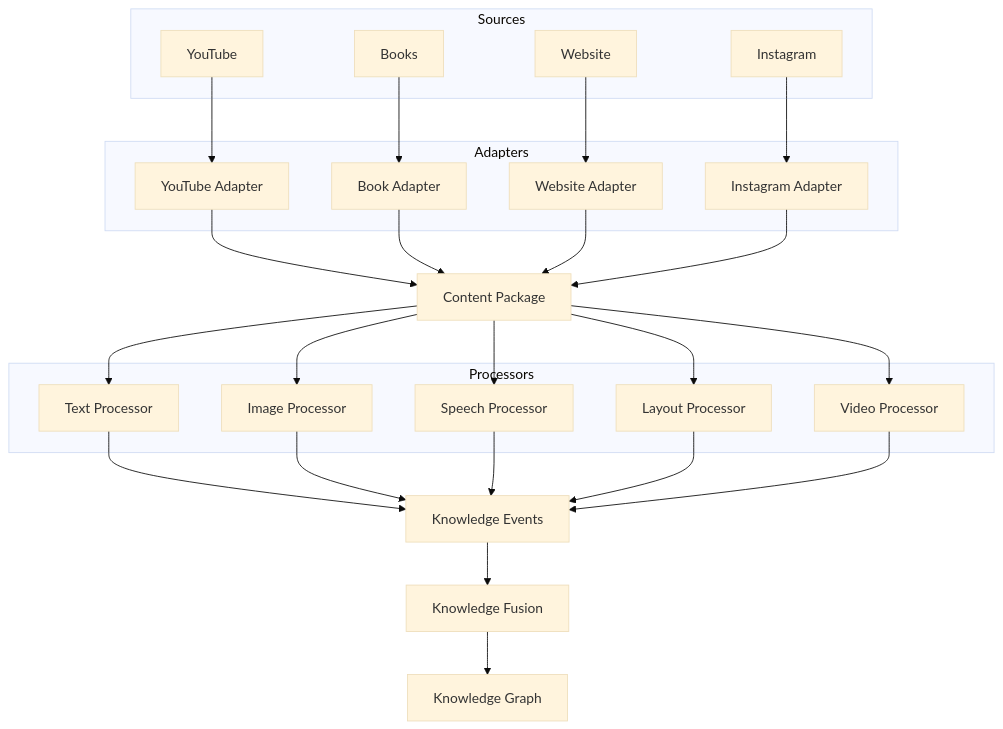
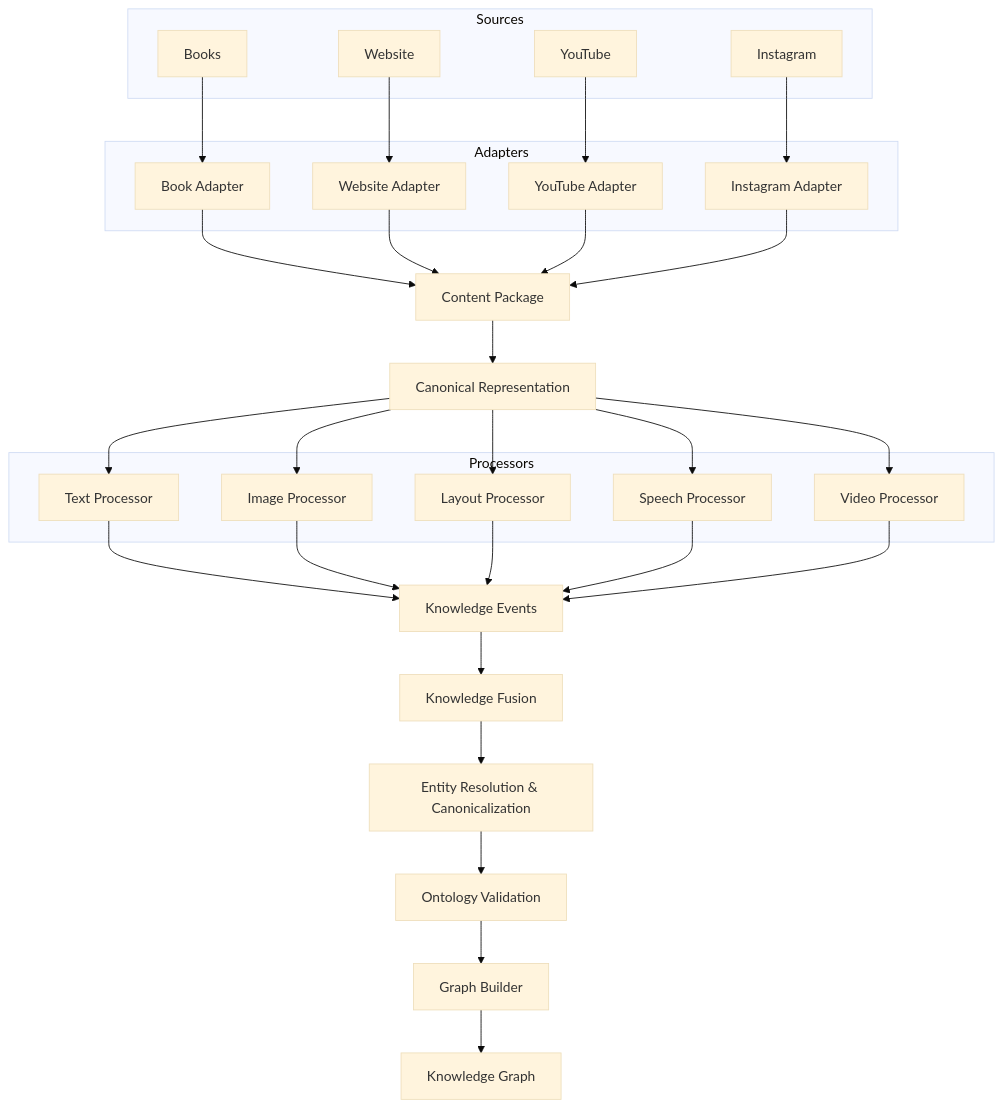
One commit to prakash-atul/fkg changed the first of 7 diagrams in docs/architecture.md. Above: the diagram before and after it, drawn with Mermaid (base theme). The commit also changed other lines of this file, not shown here.

First line of the commit message:
Revise architecture document for knowledge acquisition framework

````diff
--- a/docs/architecture.md
+++ b/docs/architecture.md
@@ -36,58 +36,71 @@
 ```mermaid
 flowchart TD
 
     subgraph Sources
+        BOOK[Books]
+        WEB[Website]
         YT[YouTube]
-        BK[Books]
-        WEB[Website]
         IG[Instagram]
     end
 
     subgraph Adapters
-        YA[YouTube Adapter]
         BA[Book Adapter]
         WA[Website Adapter]
+        YA[YouTube Adapter]
         IA[Instagram Adapter]
     end
 
     Package[Content Package]
 
+    Representation[Canonical Representation]
+
     subgraph Processors
         Text[Text Processor]
         Image[Image Processor]
+        Layout[Layout Processor]
         Audio[Speech Processor]
-        Layout[Layout Processor]
         Video[Video Processor]
     end
 
     Events[Knowledge Events]
 
     Fusion[Knowledge Fusion]
 
+    Canonicalization[Entity Resolution & Canonicalization]
+
+    Validation[Ontology Validation]
+
+    Builder[Graph Builder]
+
     KG[Knowledge Graph]
 
+    BOOK --> BA
+    WEB --> WA
     YT --> YA
-    BK --> BA
-    WEB --> WA
     IG --> IA
 
-    YA --> Package
     BA --> Package
     WA --> Package
+    YA --> Package
     IA --> Package
 
-    Package --> Text
-    Package --> Image
-    Package --> Audio
-    Package --> Layout
-    Package --> Video
+    Package --> Representation
+
+    Representation --> Text
+    Representation --> Image
+    Representation --> Layout
+    Representation --> Audio
+    Representation --> Video
 
     Text --> Events
     Image --> Events
+    Layout --> Events
     Audio --> Events
-    Layout --> Events
     Video --> Events
 
     Events --> Fusion
-    Fusion --> KG
+    Fusion --> Canonicalization
+    Canonicalization --> Validation
+    Validation --> Builder
+    Builder --> KG
 ```
````
